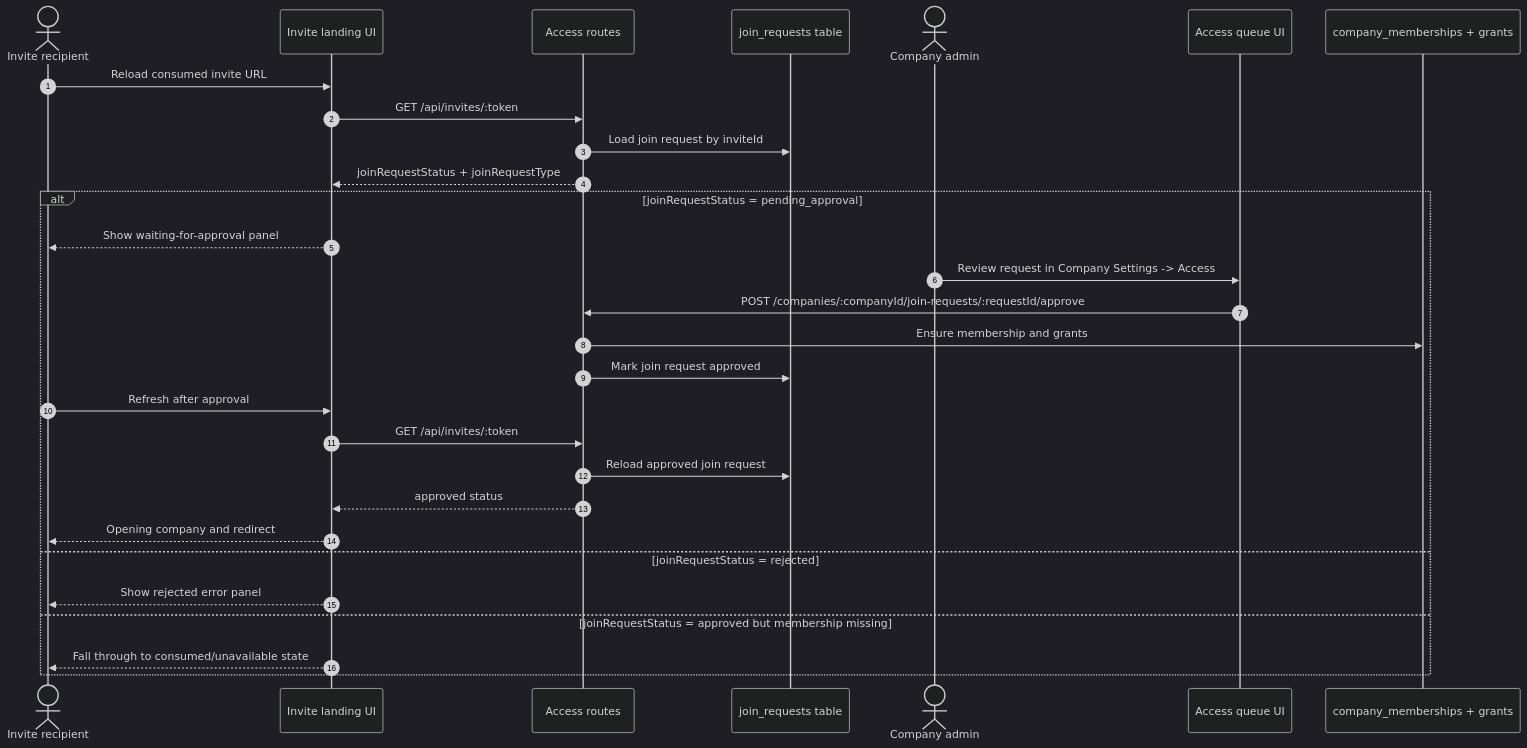
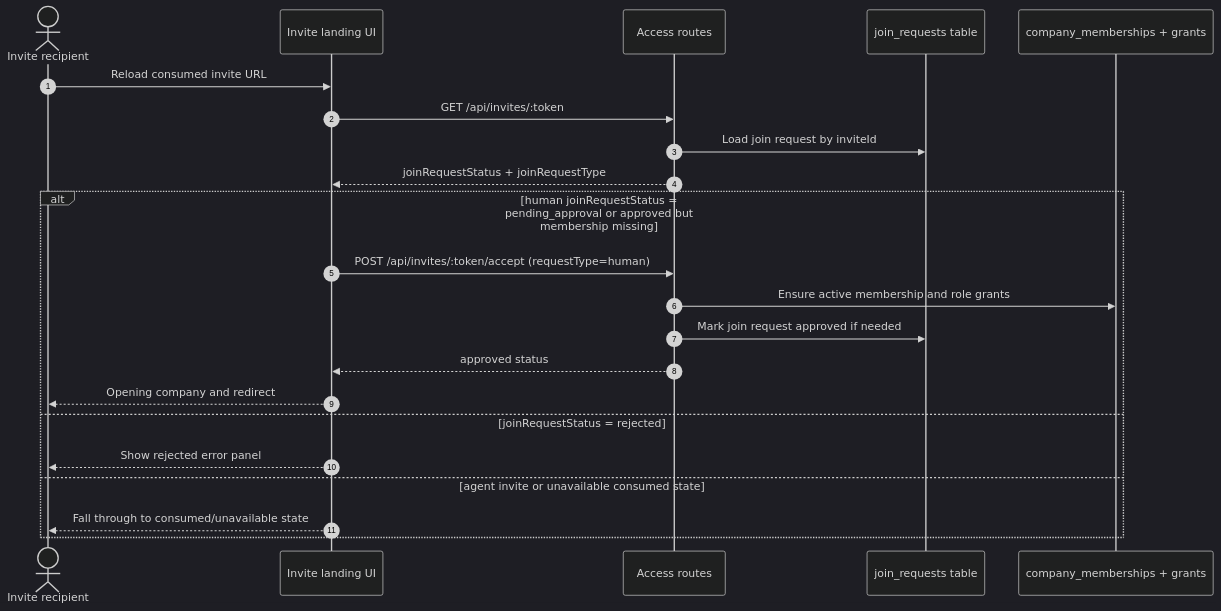
The fifth of 6 diagrams in doc/spec/invite-flow.md (ValDola-stack/valadrien-os), drawn with Mermaid (dark theme) before and after one commit. The commit also changed other lines of this file and 2160 other files, not shown here.

````diff
--- a/doc/spec/invite-flow.md
+++ b/doc/spec/invite-flow.md
@@ -210,33 +214,26 @@
 ```mermaid
 sequenceDiagram
   autonumber
   actor Invitee as Invite recipient
   participant Landing as Invite landing UI
   participant API as Access routes
   participant Join as join_requests table
-  actor Approver as Company admin
-  participant Queue as Access queue UI
   participant Membership as company_memberships + grants
 
   Invitee->>Landing: Reload consumed invite URL
   Landing->>API: GET /api/invites/:token
   API->>Join: Load join request by inviteId
   API-->>Landing: joinRequestStatus + joinRequestType
 
-  alt joinRequestStatus = pending_approval
-    Landing-->>Invitee: Show waiting-for-approval panel
-    Approver->>Queue: Review request in Company Settings -> Access
-    Queue->>API: POST /companies/:companyId/join-requests/:requestId/approve
-    API->>Membership: Ensure membership and grants
-    API->>Join: Mark join request approved
-    Invitee->>Landing: Refresh after approval
-    Landing->>API: GET /api/invites/:token
-    API->>Join: Reload approved join request
+  alt human joinRequestStatus = pending_approval or approved but membership missing
+    Landing->>API: POST /api/invites/:token/accept (requestType=human)
+    API->>Membership: Ensure active membership and role grants
+    API->>Join: Mark join request approved if needed
     API-->>Landing: approved status
     Landing-->>Invitee: Opening company and redirect
   else joinRequestStatus = rejected
     Landing-->>Invitee: Show rejected error panel
-  else joinRequestStatus = approved but membership missing
+  else agent invite or unavailable consumed state
     Landing-->>Invitee: Fall through to consumed/unavailable state
   end
 ```
````
